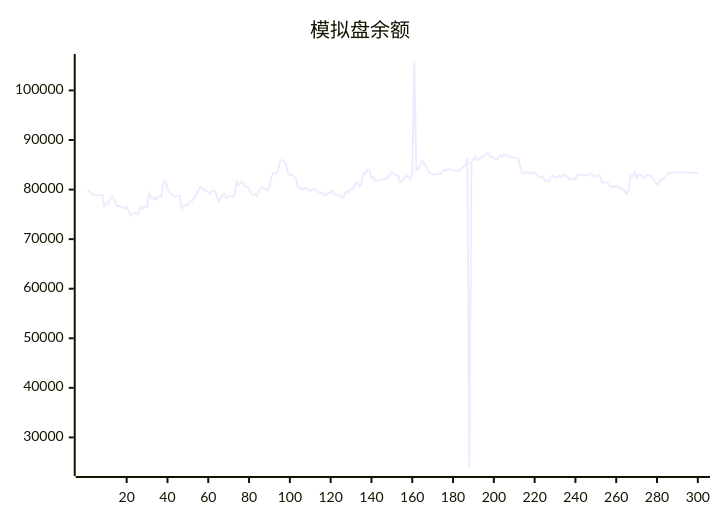
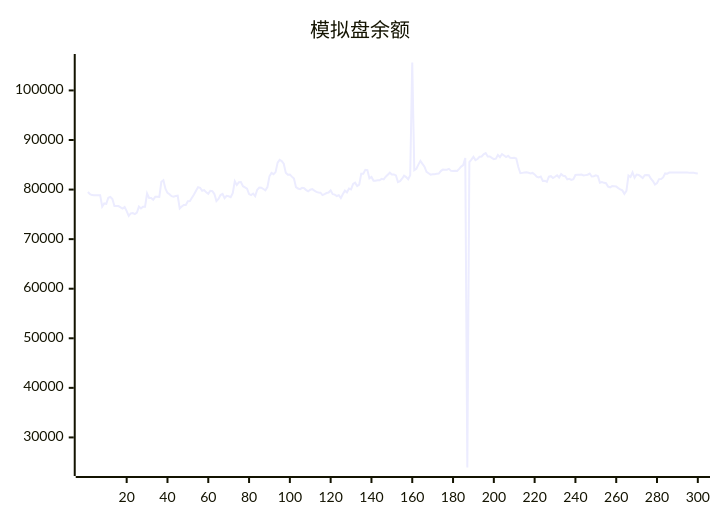
The diagram in README.md (aahl/ai-trading), drawn with Mermaid before and after one commit. The commit also changed other lines of this file and 1 other file, not shown here.

````diff
--- a/README.md
+++ b/README.md
@@ -5,5 +5,5 @@
 ```mermaid
 xychart
     title "模拟盘余额"
-    line [79850,79518,79071,78889,78850,78850,78878,78878,76554,77202,77103,78357,78510,78106,76678,76677,76672,76411,76159,76485,75656,74695,75197,75246,75052,75334,76564,76179,76553,76551,79196,78300,78300,77944,78531,78531,78521,81564,81884,80160,79335,79055,78675,78580,78708,78764,76179,76586,76902,76876,77658,77669,78346,79023,79769,80497,80366,79761,79896,79448,79126,79749,79658,79097,77695,78114,78888,79126,78249,78738,78653,78478,79271,81680,80923,81488,81527,80681,80455,80190,79084,78879,79193,78686,79954,80403,80374,80118,79848,80491,82665,83351,83098,83525,85430,85983,85737,85221,83378,83014,83043,82613,82216,80477,80208,80081,80348,80277,79894,79670,79965,80093,79786,79542,79406,79371,78893,79087,79304,79406,79841,79072,78978,78696,78846,78272,79085,79787,79442,80198,80031,81120,81379,80718,80985,83214,83212,83993,83921,82270,82547,81776,81776,81866,81866,82158,82061,82596,83000,83408,83041,83050,82858,81503,81691,82188,82812,82517,82092,82901,105633,83898,84180,85030,85781,85178,84604,83569,83298,83008,83093,83107,83175,83228,83729,84025,84017,84019,84177,83775,83762,83785,83738,84160,84639,84939,86370,23934,85548,86046,86599,85942,86161,86622,86664,87115,87369,86666,86685,86384,86152,86243,86969,86548,87164,86885,86566,86809,86427,86348,86417,86273,84538,83299,83369,83430,83490,83404,83270,83362,83056,82605,82459,82614,81734,81788,81551,82598,82702,82320,82580,82878,82426,83139,82778,82686,82056,82166,81963,82110,82951,82983,82984,83038,82838,82915,82998,83235,82642,82682,82858,82746,81396,81512,81362,81277,80600,80461,80699,80673,80616,80288,80038,79836,79142,79722,82837,82533,83480,82366,83032,82960,82654,82330,82883,82934,82901,82188,81728,81005,81298,82110,82135,82449,83264,83203,83440,83439,83440,83440,83446,83447,83448,83447,83448,83449,83369,83369,83369,83313]
+    line [79518,79071,78889,78850,78850,78878,78878,76554,77202,77103,78357,78510,78106,76678,76677,76672,76411,76159,76485,75656,74695,75197,75246,75052,75334,76564,76179,76553,76551,79196,78300,78300,77944,78531,78531,78521,81564,81884,80160,79335,79055,78675,78580,78708,78764,76179,76586,76902,76876,77658,77669,78346,79023,79769,80497,80366,79761,79896,79448,79126,79749,79658,79097,77695,78114,78888,79126,78249,78738,78653,78478,79271,81680,80923,81488,81527,80681,80455,80190,79084,78879,79193,78686,79954,80403,80374,80118,79848,80491,82665,83351,83098,83525,85430,85983,85737,85221,83378,83014,83043,82613,82216,80477,80208,80081,80348,80277,79894,79670,79965,80093,79786,79542,79406,79371,78893,79087,79304,79406,79841,79072,78978,78696,78846,78272,79085,79787,79442,80198,80031,81120,81379,80718,80985,83214,83212,83993,83921,82270,82547,81776,81776,81866,81866,82158,82061,82596,83000,83408,83041,83050,82858,81503,81691,82188,82812,82517,82092,82901,105633,83898,84180,85030,85781,85178,84604,83569,83298,83008,83093,83107,83175,83228,83729,84025,84017,84019,84177,83775,83762,83785,83738,84160,84639,84939,86370,23934,85548,86046,86599,85942,86161,86622,86664,87115,87369,86666,86685,86384,86152,86243,86969,86548,87164,86885,86566,86809,86427,86348,86417,86273,84538,83299,83369,83430,83490,83404,83270,83362,83056,82605,82459,82614,81734,81788,81551,82598,82702,82320,82580,82878,82426,83139,82778,82686,82056,82166,81963,82110,82951,82983,82984,83038,82838,82915,82998,83235,82642,82682,82858,82746,81396,81512,81362,81277,80600,80461,80699,80673,80616,80288,80038,79836,79142,79722,82837,82533,83480,82366,83032,82960,82654,82330,82883,82934,82901,82188,81728,81005,81298,82110,82135,82449,83264,83203,83440,83439,83440,83440,83446,83447,83448,83447,83448,83449,83369,83369,83369,83313,83256]
 ```
````
